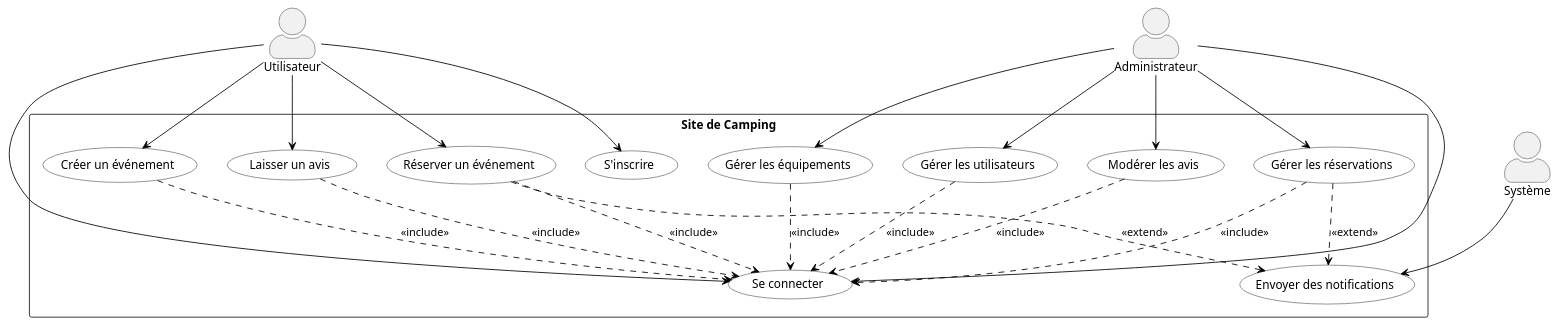
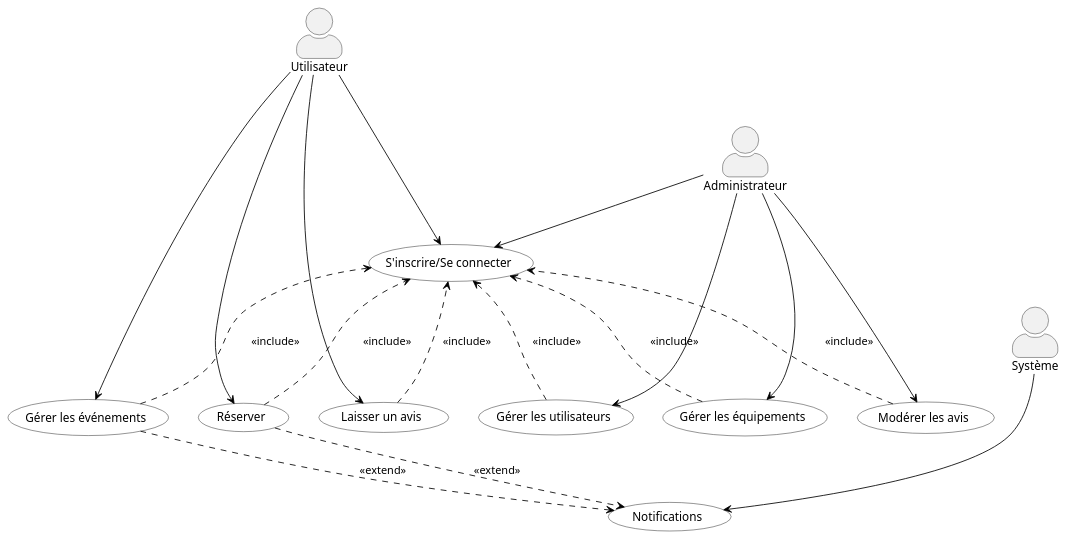
Before and after one commit to WassimEloued/camping_site: the diagram in docs/uml/use-case-diagram.puml, drawn with PlantUML. The commit also changed 5 other files, not shown here.

```diff
--- a/docs/uml/use-case-diagram.puml
+++ b/docs/uml/use-case-diagram.puml
@@ -1,57 +1,63 @@
 @startuml Diagramme des Cas d'Utilisation - Site de Camping
 
 ' Style settings
 skinparam actorStyle awesome
 skinparam usecase {
     BackgroundColor White
     BorderColor Black
     ArrowColor Black
+    FontSize 14
 }
 
-' Acteurs
+' Acteurs (à droite)
 actor "Utilisateur" as user
 actor "Administrateur" as admin
 actor "Système" as system
 
-' Cas d'utilisation
-rectangle "Site de Camping" {
-    usecase "S'inscrire" as UC1
-    usecase "Se connecter" as UC2
-    usecase "Créer un événement" as UC3
-    usecase "Réserver un événement" as UC4
-    usecase "Gérer les réservations" as UC5
-    usecase "Laisser un avis" as UC6
-    usecase "Gérer les équipements" as UC7
-    usecase "Gérer les utilisateurs" as UC8
-    usecase "Modérer les avis" as UC9
-    usecase "Envoyer des notifications" as UC10
-}
+' Cas d'utilisation (au centre)
+usecase "S'inscrire/Se connecter" as UC1
+usecase "Gérer les événements" as UC2
+usecase "Réserver" as UC3
+usecase "Laisser un avis" as UC4
+usecase "Gérer les utilisateurs" as UC5
+usecase "Gérer les équipements" as UC6
+usecase "Modérer les avis" as UC7
+usecase "Notifications" as UC8
 
-' Relations
+' Layout
+user -[hidden]d- admin
+admin -[hidden]d- system
+
+UC1 -[hidden]r- UC2
+UC2 -[hidden]r- UC3
+UC3 -[hidden]r- UC4
+UC4 -[hidden]r- UC5
+UC5 -[hidden]r- UC6
+UC6 -[hidden]r- UC7
+UC7 -[hidden]r- UC8
+
+' Relations principales
 user --> UC1
 user --> UC2
 user --> UC3
 user --> UC4
-user --> UC6
 
-admin --> UC2
+admin --> UC1
 admin --> UC5
+admin --> UC6
 admin --> UC7
-admin --> UC8
-admin --> UC9
 
-system --> UC10
+system --> UC8
 
 ' Extensions et inclusions
-UC4 ..> UC2 : <<include>>
-UC6 ..> UC2 : <<include>>
-UC3 ..> UC2 : <<include>>
-UC5 ..> UC2 : <<include>>
-UC7 ..> UC2 : <<include>>
-UC8 ..> UC2 : <<include>>
-UC9 ..> UC2 : <<include>>
+UC2 ..> UC1 : <<include>>
+UC3 ..> UC1 : <<include>>
+UC4 ..> UC1 : <<include>>
+UC5 ..> UC1 : <<include>>
+UC6 ..> UC1 : <<include>>
+UC7 ..> UC1 : <<include>>
 
-UC4 ..> UC10 : <<extend>>
-UC5 ..> UC10 : <<extend>>
+UC3 ..> UC8 : <<extend>>
+UC2 ..> UC8 : <<extend>>
 
 @enduml 
```
